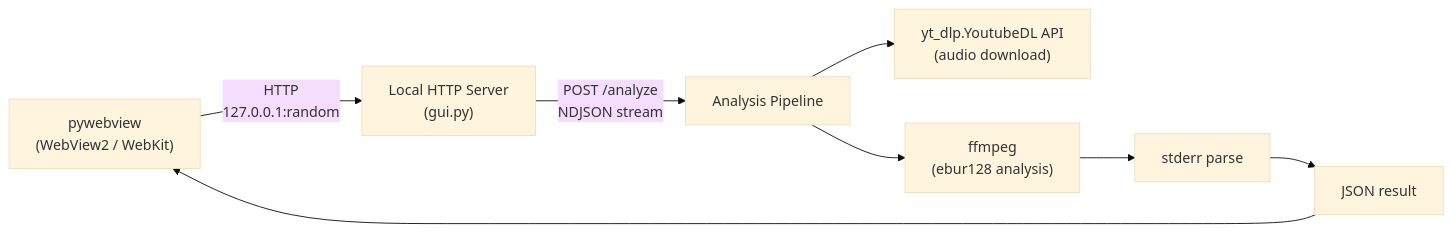
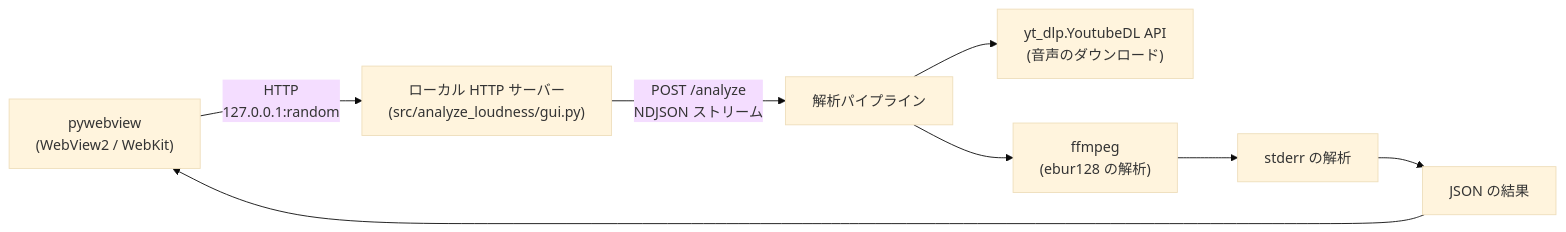
One commit to semnil/analyze-loudness changed the first of 4 diagrams in docs/architecture.ja.md. Above: the diagram before and after it, drawn with Mermaid (base theme). The commit also changed other lines of this file and 7 other files, not shown here.

````diff
--- a/docs/architecture.ja.md
+++ b/docs/architecture.ja.md
@@ -12,10 +12,10 @@
 ```mermaid
 graph LR
-    A["pywebview<br/>(WebView2 / WebKit)"] -->|"HTTP<br/>127.0.0.1:random"| B["Local HTTP Server<br/>(gui.py)"]
-    B -->|"POST /analyze<br/>NDJSON stream"| C["Analysis Pipeline"]
-    C --> D["yt_dlp.YoutubeDL API<br/>(audio download)"]
-    C --> E["ffmpeg<br/>(ebur128 analysis)"]
-    E --> F["stderr parse"]
-    F --> G["JSON result"]
+    A["pywebview<br>(WebView2 / WebKit)"] -->|"HTTP<br>127.0.0.1:random"| B["ローカル HTTP サーバー<br>(src/analyze_loudness/gui.py)"]
+    B -->|"POST /analyze<br>NDJSON ストリーム"| C["解析パイプライン"]
+    C --> D["yt_dlp.YoutubeDL API<br>(音声のダウンロード)"]
+    C --> E["ffmpeg<br>(ebur128 の解析)"]
+    E --> F["stderr の解析"]
+    F --> G["JSON の結果"]
     G --> A
 ```
````
